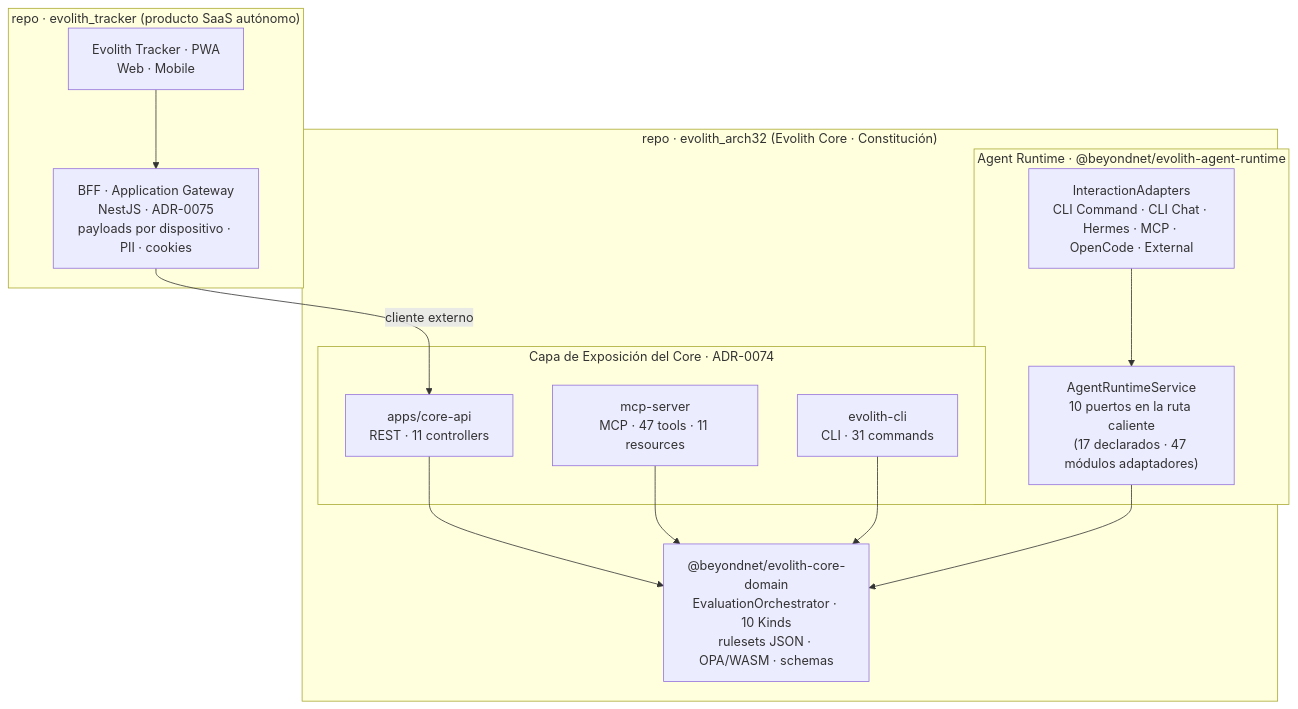
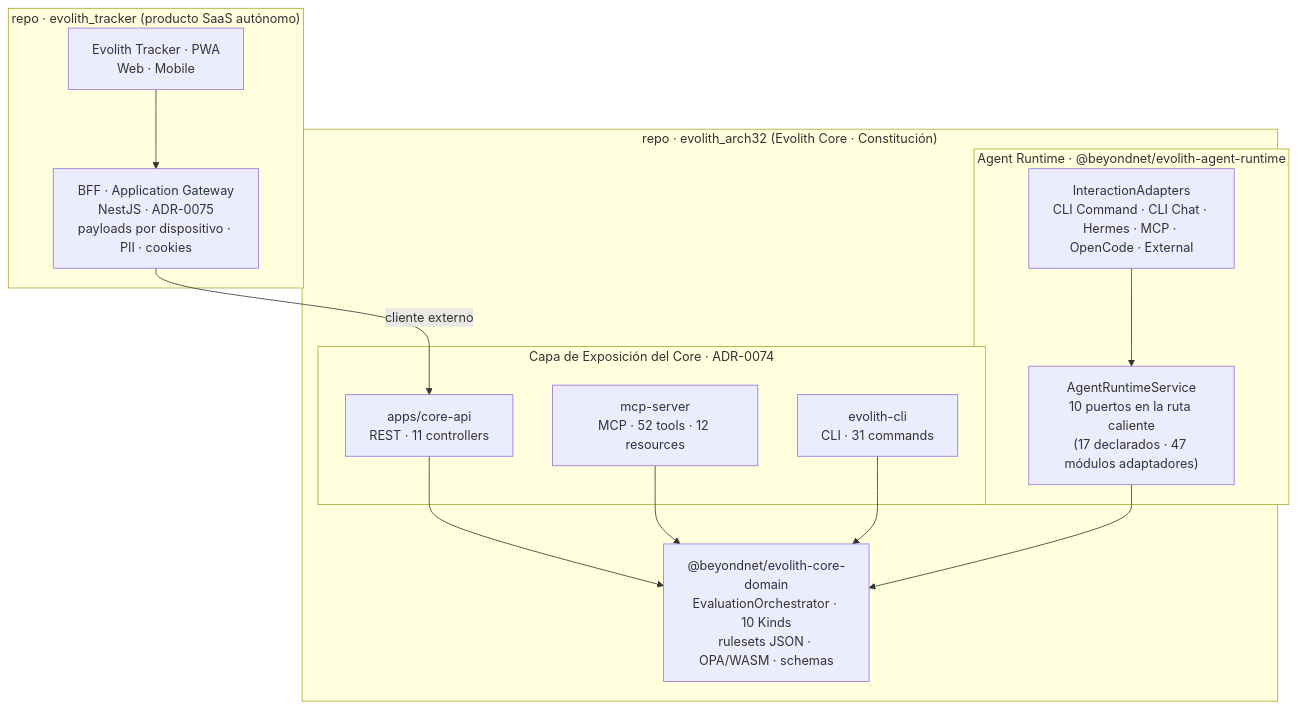
Before and after one commit to beyondnetcode/evolith_arch32: the diagram in product/suite/vision/evolith-product-vision-master.es.md, drawn with Mermaid. The commit also changed other lines of this file and 26 other files, not shown here.

````diff
--- a/product/suite/vision/evolith-product-vision-master.es.md
+++ b/product/suite/vision/evolith-product-vision-master.es.md
@@ -157,24 +157,24 @@
 ```mermaid
 flowchart TB
   subgraph TRK["repo · evolith_tracker (producto SaaS autónomo)"]
     PWA["Evolith Tracker · PWA<br/>Web · Mobile"] --> BFF["BFF · Application Gateway<br/>NestJS · ADR-0075<br/>payloads por dispositivo · PII · cookies"]
   end
   subgraph CORE["repo · evolith_arch32 (Evolith Core · Constitución)"]
     subgraph EXP["Capa de Exposición del Core · ADR-0074"]
       API["apps/core-api<br/>REST · 11 controllers"]
-      MCP["mcp-server<br/>MCP · 47 tools · 11 resources"]
+      MCP["mcp-server<br/>MCP · 52 tools · 12 resources"]
       CLI["evolith-cli<br/>CLI · 31 commands"]
     end
     subgraph RT["Agent Runtime · @beyondnet/evolith-agent-runtime"]
       ARS["AgentRuntimeService<br/>10 puertos en la ruta caliente<br/>(17 declarados · 47 módulos adaptadores)"]
       IA["InteractionAdapters<br/>CLI Command · CLI Chat · Hermes · MCP · OpenCode · External"]
     end
     DOM["@beyondnet/evolith-core-domain<br/>EvaluationOrchestrator · 10 Kinds<br/>rulesets JSON · OPA/WASM · schemas"]
     API --> DOM
     MCP --> DOM
     CLI --> DOM
     ARS --> DOM
     IA --> ARS
   end
   BFF -->|cliente externo| API
 ```
````
